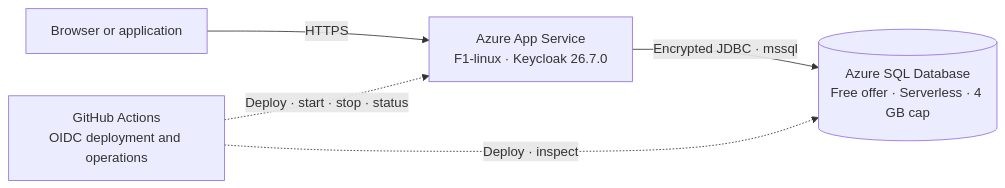
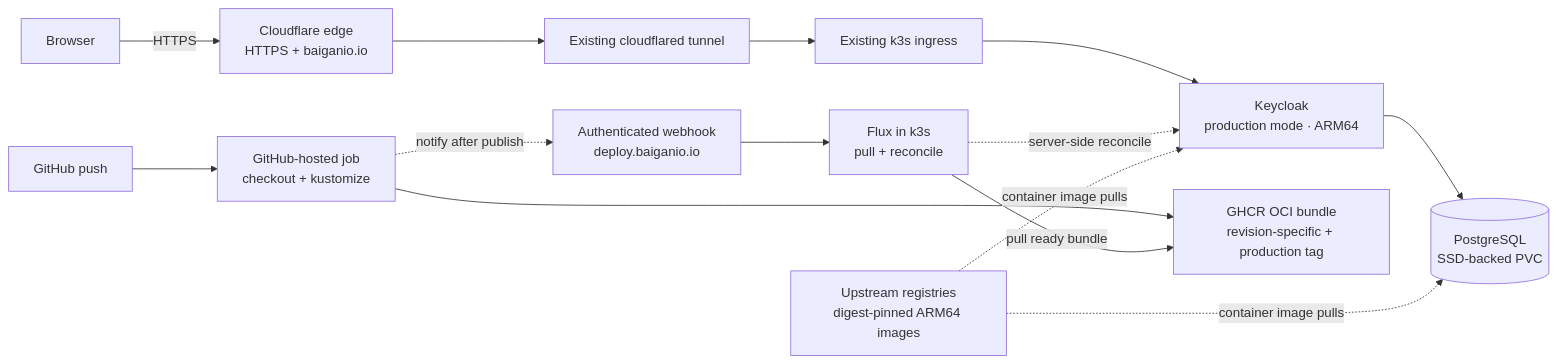
One commit to BaiGanio/keycloak changed the second of 2 diagrams in README.md. Above: the diagram before and after it, drawn with Mermaid. The commit also changed other lines of this file and 13 other files, not shown here.

````diff
--- a/README.md
+++ b/README.md
@@ -254,12 +267,29 @@
 ```mermaid
 flowchart LR
-    user["Browser or application"]
-    app["Azure App Service<br/>F1-linux · Keycloak 26.7.0"]
-    db[("Azure SQL Database<br/>Free offer · Serverless · 4 GB cap")]
-    actions["GitHub Actions<br/>OIDC deployment and operations"]
+    user["Browser"]
+    cloudflare["Cloudflare edge<br/>HTTPS + baiganio.io"]
+    tunnel["Existing cloudflared tunnel"]
+    ingress["Existing k3s ingress"]
+    keycloak["Keycloak<br/>production mode · ARM64"]
+    postgres[("PostgreSQL<br/>SSD-backed PVC")]
+    github["GitHub push"]
+    prepare["GitHub-hosted job<br/>checkout + kustomize"]
+    artifact["GHCR OCI bundle<br/>revision-specific + production tag"]
+    flux["Flux in k3s<br/>pull + reconcile"]
+    hook["Authenticated webhook<br/>deploy.baiganio.io"]
+    registry["Upstream registries<br/>digest-pinned ARM64 images"]
 
-    user -- "HTTPS" --> app
-    app -- "Encrypted JDBC · mssql" --> db
-    actions -. "Deploy · start · stop · status" .-> app
-    actions -. "Deploy · inspect" .-> db
+    user -- "HTTPS" --> cloudflare
+    cloudflare --> tunnel
+    tunnel --> ingress
+    ingress --> keycloak
+    keycloak --> postgres
+    github --> prepare
+    prepare --> artifact
+    prepare -. "notify after publish" .-> hook
+    hook --> flux
+    flux -- "pull ready bundle" --> artifact
+    flux -. "server-side reconcile" .-> keycloak
+    registry -. "container image pulls" .-> keycloak
+    registry -. "container image pulls" .-> postgres
 ```
````
